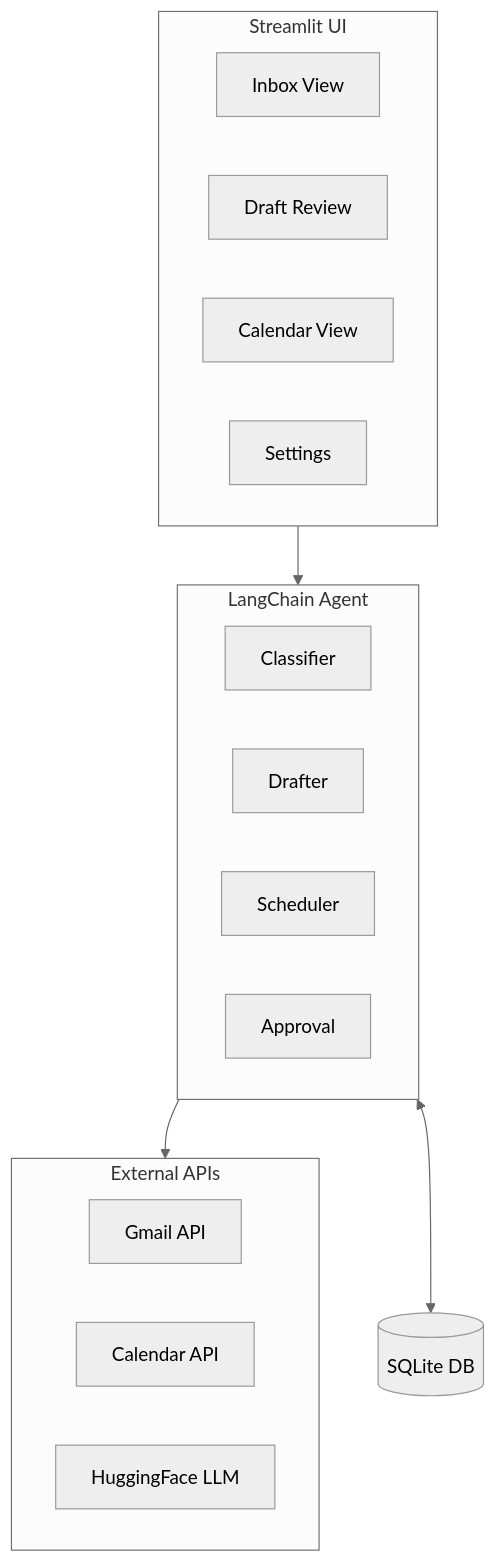
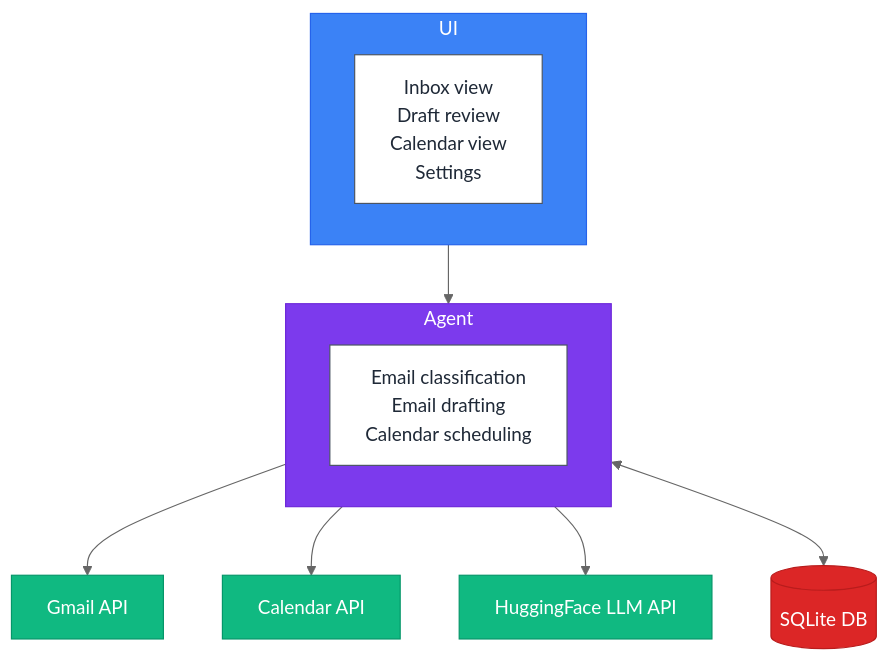
One commit to PierreExeter/gmail-agent changed the diagram in README.md. Above: the diagram before and after it, drawn with Mermaid (neutral theme). The commit also changed other lines of this file and 40 other files, not shown here.

````diff
--- a/README.md
+++ b/README.md
@@ -15,28 +17,30 @@
 ```mermaid
 flowchart TD
-    subgraph UI["Streamlit UI"]
-        A[Inbox View]
-        B[Draft Review]
-        C[Calendar View]
-        D[Settings]
+    classDef ui fill:#3b82f6,stroke:#2563eb,color:#ffffff
+    classDef agent fill:#7c3aed,stroke:#6d28d9,color:#ffffff
+    classDef api fill:#10b981,stroke:#059669,color:#ffffff
+    classDef db fill:#dc2626,stroke:#b91c1c,color:#ffffff
+    classDef text fill:#ffffff,stroke:#4b5563,color:#1f2937
+
+    UI["Streamlit UI"] --> Agent["LangChain Agent"]
+    
+    subgraph UI
+        A[Inbox view<br/>Draft review<br/>Calendar view<br/>Settings]
     end
 
-    subgraph Agent["LangChain Agent"]
-        E[Classifier]
-        F[Drafter]
-        G[Scheduler]
-        H[Approval]
+    subgraph Agent
+        B[Email classification<br/>Email drafting<br/>Calendar scheduling]
     end
 
-    subgraph Services["External APIs"]
-        I[Gmail API]
-        J[Calendar API]
-        K[HuggingFace LLM]
-    end
-
-    L[(SQLite DB)]
-
-    UI --> Agent
-    Agent --> Services
-    Agent <--> L
+    Agent --> gmail["Gmail API"]
+    Agent --> calendar["Calendar API"]
+    Agent --> hf["HuggingFace LLM API"]
+    Agent <--> db[(SQLite DB)]
+    
+    class UI ui
+    class A text
+    class Agent agent
+    class B text
+    class gmail,calendar,hf api
+    class db db
 ```
````
